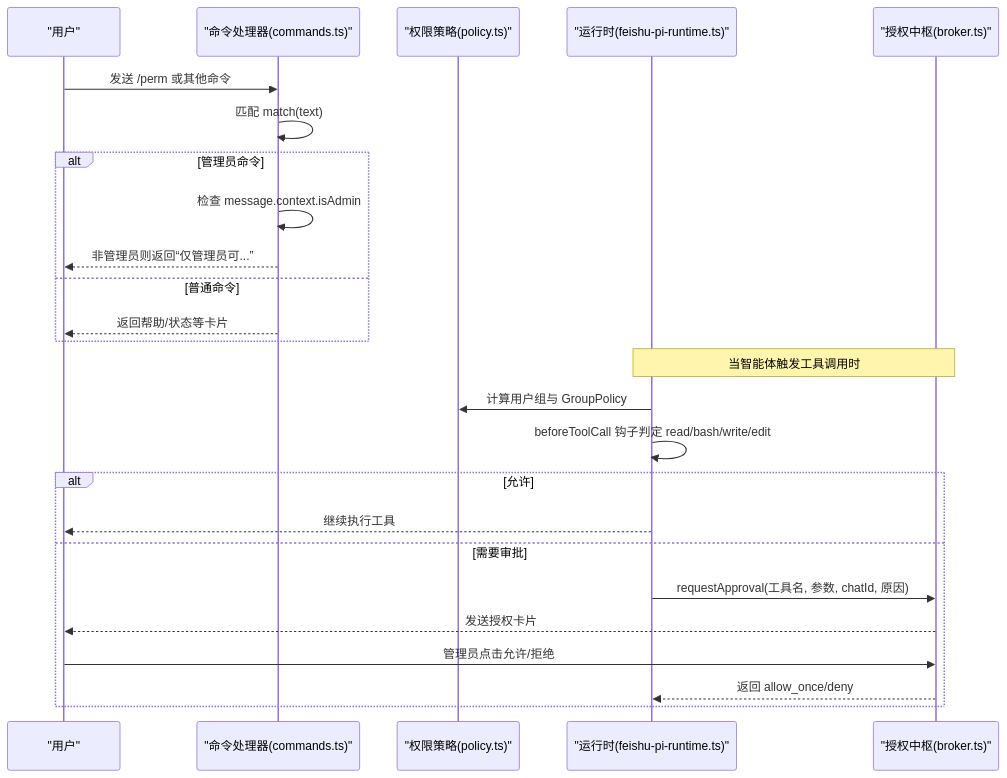
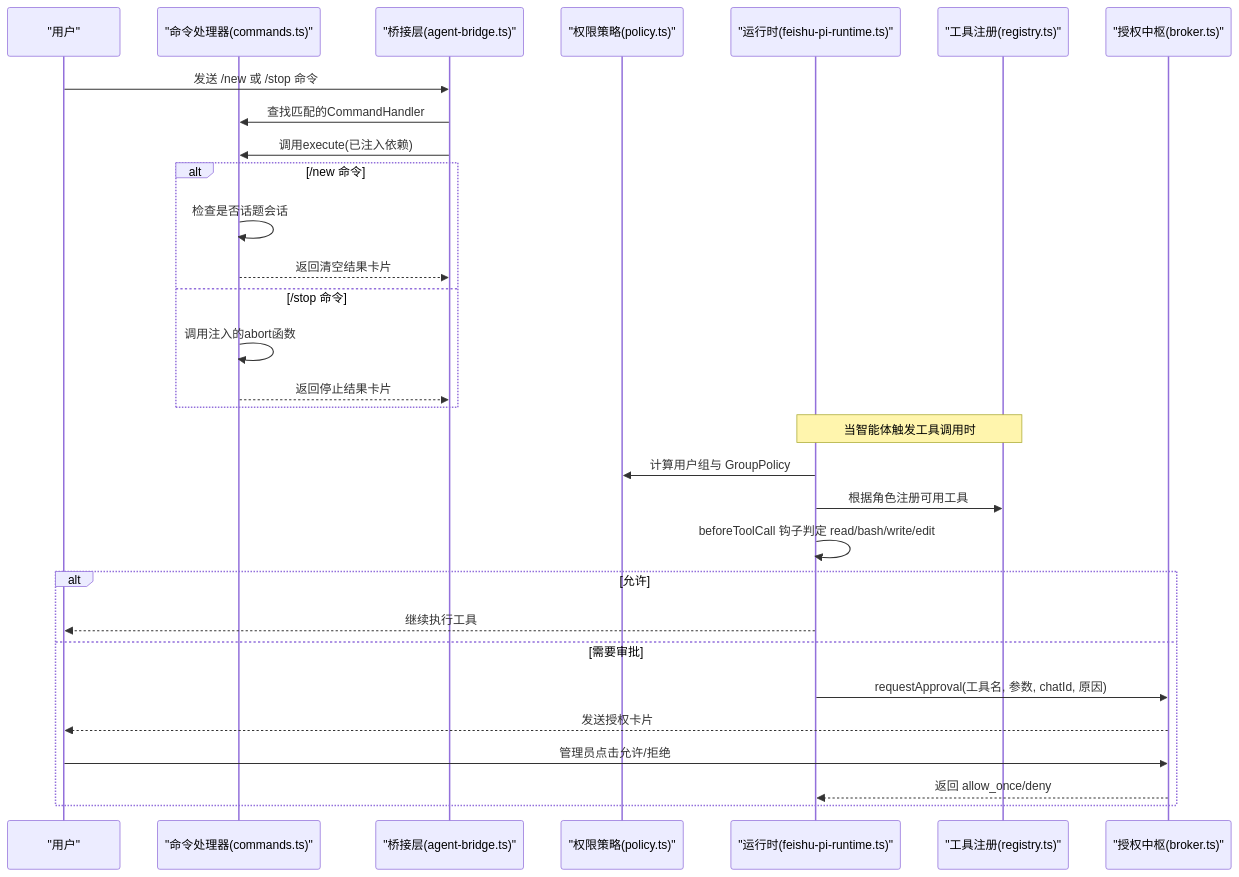
One commit to HeXiaoShu520/feishu-pi changed the second of 8 diagrams in .qoder/repowiki/zh/content/权限控制系统/命令权限控制.md. Above: the diagram before and after it, drawn with Mermaid. The commit also changed other lines of this file and 47 other files, not shown here.

````diff
--- a/.qoder/repowiki/zh/content/权限控制系统/命令权限控制.md
+++ b/.qoder/repowiki/zh/content/权限控制系统/命令权限控制.md
@@ -110,27 +117,32 @@
 ```mermaid
 sequenceDiagram
 participant U as "用户"
 participant CMD as "命令处理器(commands.ts)"
+participant BRG as "桥接层(agent-bridge.ts)"
 participant POL as "权限策略(policy.ts)"
 participant RT as "运行时(feishu-pi-runtime.ts)"
+participant REG as "工具注册(registry.ts)"
 participant BRK as "授权中枢(broker.ts)"
-U->>CMD : 发送 /perm 或其他命令
-CMD->>CMD : 匹配 match(text)
-alt 管理员命令
-CMD->>CMD : 检查 message.context.isAdmin
-CMD-->>U : 非管理员则返回“仅管理员可...”
-else 普通命令
-CMD-->>U : 返回帮助/状态等卡片
+U->>BRG : 发送 /new 或 /stop 命令
+BRG->>CMD : 查找匹配的CommandHandler
+BRG->>CMD : 调用execute(已注入依赖)
+alt /new 命令
+CMD->>CMD : 检查是否话题会话
+CMD-->>BRG : 返回清空结果卡片
+else /stop 命令
+CMD->>CMD : 调用注入的abort函数
+CMD-->>BRG : 返回停止结果卡片
 end
-Note over RT,BRK : 当智能体触发工具调用时
+Note over RT,REG : 当智能体触发工具调用时
 RT->>POL : 计算用户组与 GroupPolicy
+RT->>REG : 根据角色注册可用工具
 RT->>RT : beforeToolCall 钩子判定 read/bash/write/edit
 alt 允许
 RT-->>U : 继续执行工具
 else 需要审批
 RT->>BRK : requestApproval(工具名, 参数, chatId, 原因)
 BRK-->>U : 发送授权卡片
 U->>BRK : 管理员点击允许/拒绝
 BRK-->>RT : 返回 allow_once/deny
 end
 ```
````
